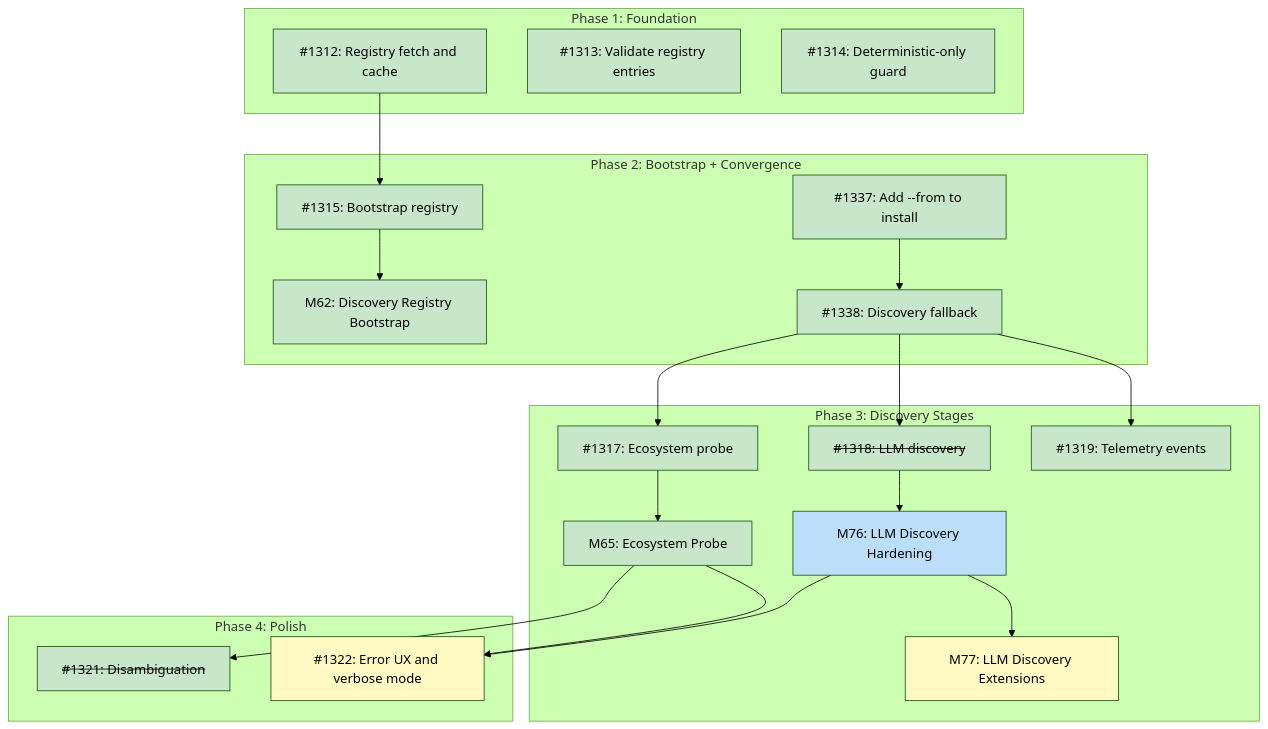
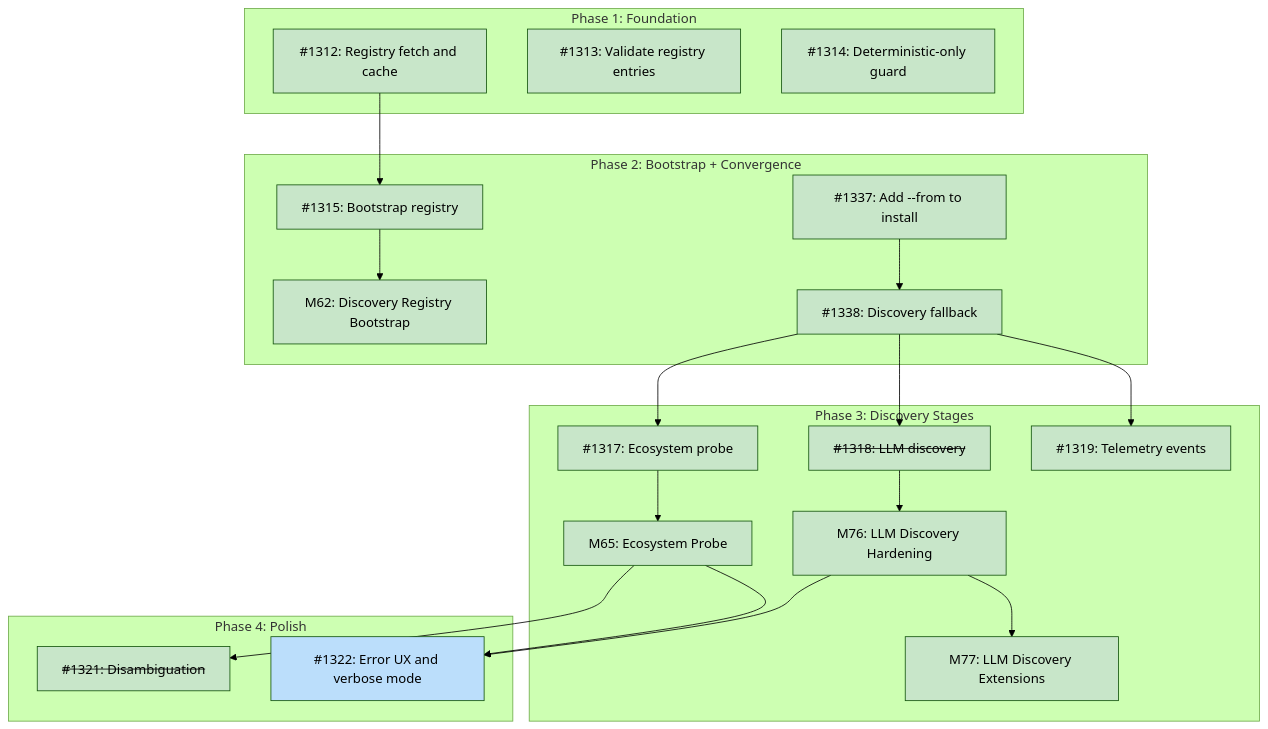
Before and after one commit to tsukumogami/tsuku: the diagram in docs/designs/DESIGN-discovery-resolver.md, drawn with Mermaid (forest theme).

Commit message:
chore: fix diagram classes for M76, M77, and I1322

````diff
--- a/docs/designs/DESIGN-discovery-resolver.md
+++ b/docs/designs/DESIGN-discovery-resolver.md
@@ -68,60 +68,60 @@
 ```mermaid
 graph TD
     subgraph Phase1["Phase 1: Foundation"]
         I1312["#1312: Registry fetch and cache"]
         I1313["#1313: Validate registry entries"]
         I1314["#1314: Deterministic-only guard"]
     end
 
     subgraph Phase2["Phase 2: Bootstrap + Convergence"]
         M62["M62: Discovery Registry Bootstrap"]
         I1315["#1315: Bootstrap registry"]
         I1337["#1337: Add --from to install"]
         I1338["#1338: Discovery fallback"]
     end
 
     subgraph Phase3["Phase 3: Discovery Stages"]
         I1317["#1317: Ecosystem probe"]
         M65["M65: Ecosystem Probe"]
         I1318["<s>#1318: LLM discovery</s>"]
         M76["M76: LLM Discovery Hardening"]
         M77["M77: LLM Discovery Extensions"]
         I1319["#1319: Telemetry events"]
     end
 
     subgraph Phase4["Phase 4: Polish"]
         I1321["<s>#1321: Disambiguation</s>"]
         I1322["#1322: Error UX and verbose mode"]
     end
 
     I1312 --> I1315
     I1315 --> M62
     I1337 --> I1338
     I1338 --> I1317
     I1317 --> M65
     I1338 --> I1318
     I1318 --> M76
     M76 --> M77
     I1338 --> I1319
     M65 --> I1321
     M65 --> I1322
     M76 --> I1322
 
     classDef done fill:#c8e6c9
     classDef ready fill:#bbdefb
     classDef blocked fill:#fff9c4
     classDef needsDesign fill:#e1bee7
 
     class I1312,I1313,I1314 done
     class I1337,I1338 done
     class I1319 done
     class I1317 done
     class I1318 done
-    class M76 ready
-    class M77 blocked
+    class M76 done
+    class M77 done
     class M65 done
     class M62 done
     class I1315 done
     class I1321 done
-    class I1322 blocked
+    class I1322 ready
 ```
````
